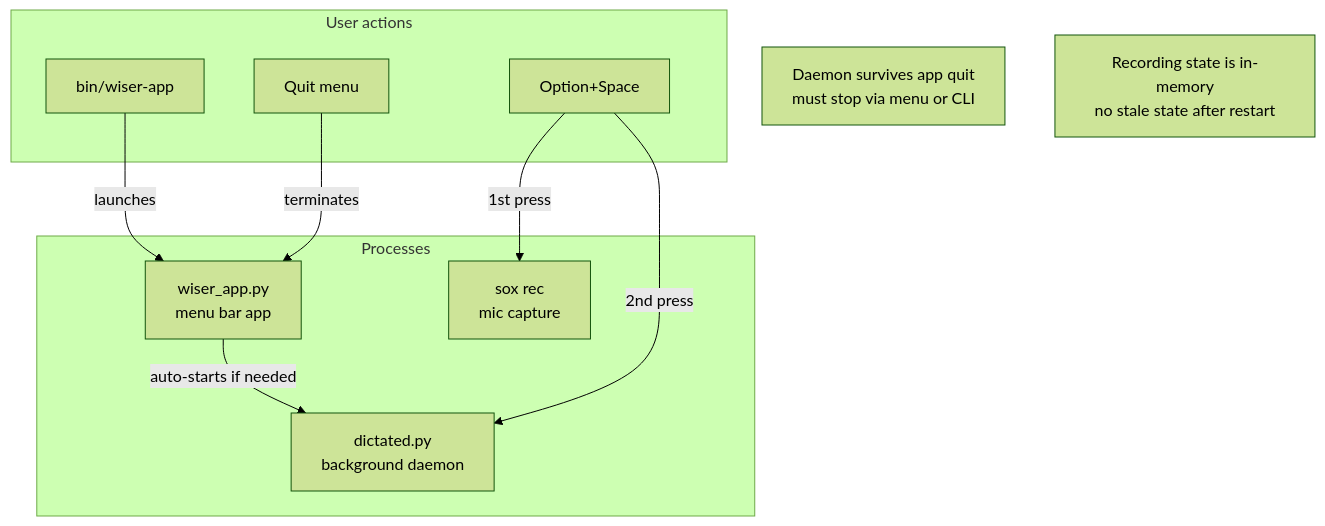
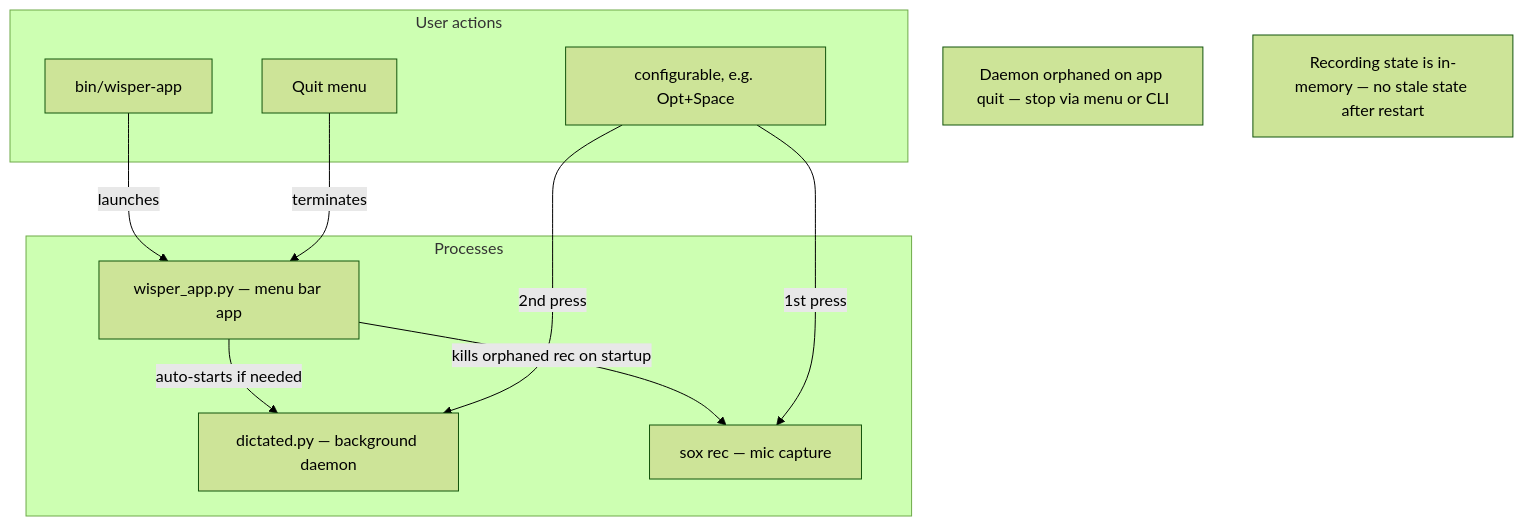
One commit to andkirby/whisper-ear changed the sixth of 6 diagrams in docs/architecture.md. Above: the diagram before and after it, drawn with Mermaid (forest theme). The commit also changed other lines of this file, not shown here.

First line of the commit message:
Fix architecture docs: remove stale lockfile, quote diagram 6 labels

````diff
--- a/docs/architecture.md
+++ b/docs/architecture.md
@@ -186,23 +194,24 @@
 ```mermaid
 graph TB
-    subgraph User actions
-        Start[bin/wiser-app] 
-        Hotkey[Option+Space]
-        Quit[Quit menu]
+    subgraph actions["User actions"]
+        Start["bin/wisper-app"]
+        Hotkey["configurable, e.g. Opt+Space"]
+        Quit["Quit menu"]
     end
 
-    subgraph Processes
-        App[wiser_app.py<br/>menu bar app]
-        Daemon[dictated.py<br/>background daemon]
-        Rec[sox rec<br/>mic capture]
+    subgraph procs["Processes"]
+        App["wisper_app.py — menu bar app"]
+        Daemon["dictated.py — background daemon"]
+        Rec["sox rec — mic capture"]
     end
 
     Start -->|launches| App
     App -->|auto-starts if needed| Daemon
+    App -->|kills orphaned rec on startup| Rec
     Hotkey -->|1st press| Rec
     Hotkey -->|2nd press| Daemon
     Quit -->|terminates| App
 
-    Note1[Daemon survives app quit<br/>must stop via menu or CLI]
-    Note2[Recording state is in-memory<br/>no stale state after restart]
+    Note1["Daemon orphaned on app quit — stop via menu or CLI"]
+    Note2["Recording state is in-memory — no stale state after restart"]
 ```
````
